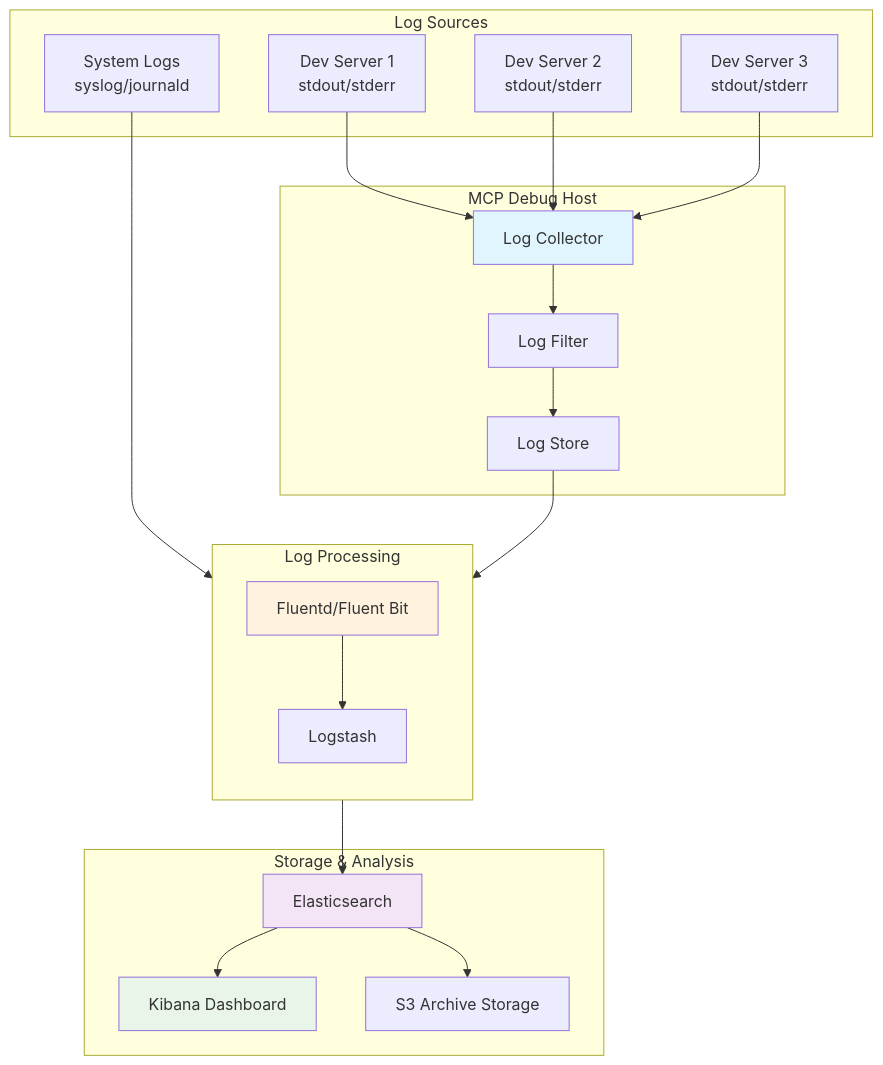
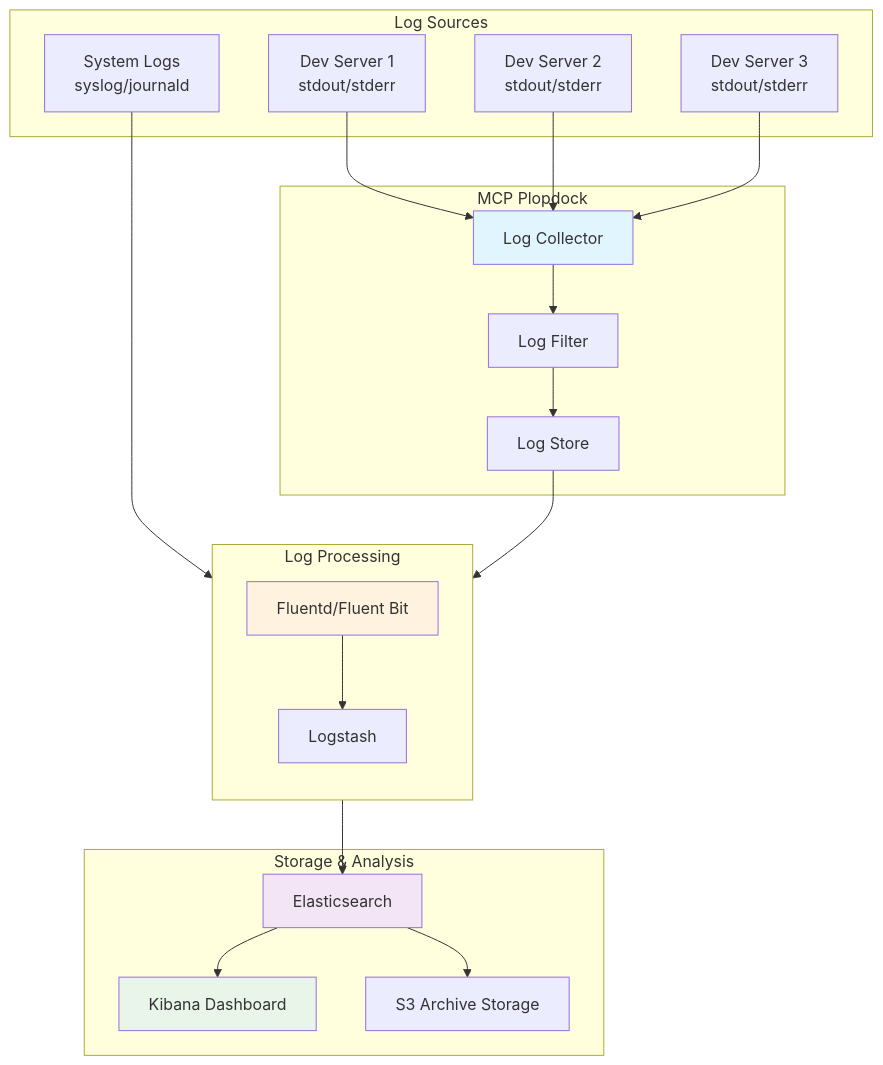
One commit to omayhemo/APM changed diagram 18 of 18 in project_docs/architecture/MCP-SYSTEM-ARCHITECTURE-DIAGRAMS.md. Above: the diagram before and after it, drawn with Mermaid. The commit also changed other lines of this file and 72 other files, not shown here.

````diff
--- a/project_docs/architecture/MCP-SYSTEM-ARCHITECTURE-DIAGRAMS.md
+++ b/project_docs/architecture/MCP-SYSTEM-ARCHITECTURE-DIAGRAMS.md
@@ -678,47 +678,47 @@
 ```mermaid
 flowchart TB
   subgraph "Log Sources"
     DEV1[Dev Server 1<br/>stdout/stderr]
     DEV2[Dev Server 2<br/>stdout/stderr]
     DEV3[Dev Server 3<br/>stdout/stderr]
     SYS[System Logs<br/>syslog/journald]
   end
   
-  subgraph "MCP Debug Host"
+  subgraph "MCP Plopdock"
     LC[Log Collector]
     LS[Log Store]
     LF[Log Filter]
   end
   
   subgraph "Log Processing"
     direction TB
     FLUENTD[Fluentd/Fluent Bit]
     LOGSTASH[Logstash]
   end
   
   subgraph "Storage & Analysis"
     ES[Elasticsearch]
     KIBANA[Kibana Dashboard]
     S3[S3 Archive Storage]
   end
   
   DEV1 --> LC
   DEV2 --> LC
   DEV3 --> LC
   SYS --> FLUENTD
   
   LC --> LF
   LF --> LS
   LS --> FLUENTD
   
   FLUENTD --> LOGSTASH
   LOGSTASH --> ES
   
   ES --> KIBANA
   ES --> S3
   
   style LC fill:#e1f5fe
   style FLUENTD fill:#fff3e0
   style ES fill:#f3e5f5
   style KIBANA fill:#e8f5e8
 ```
````
